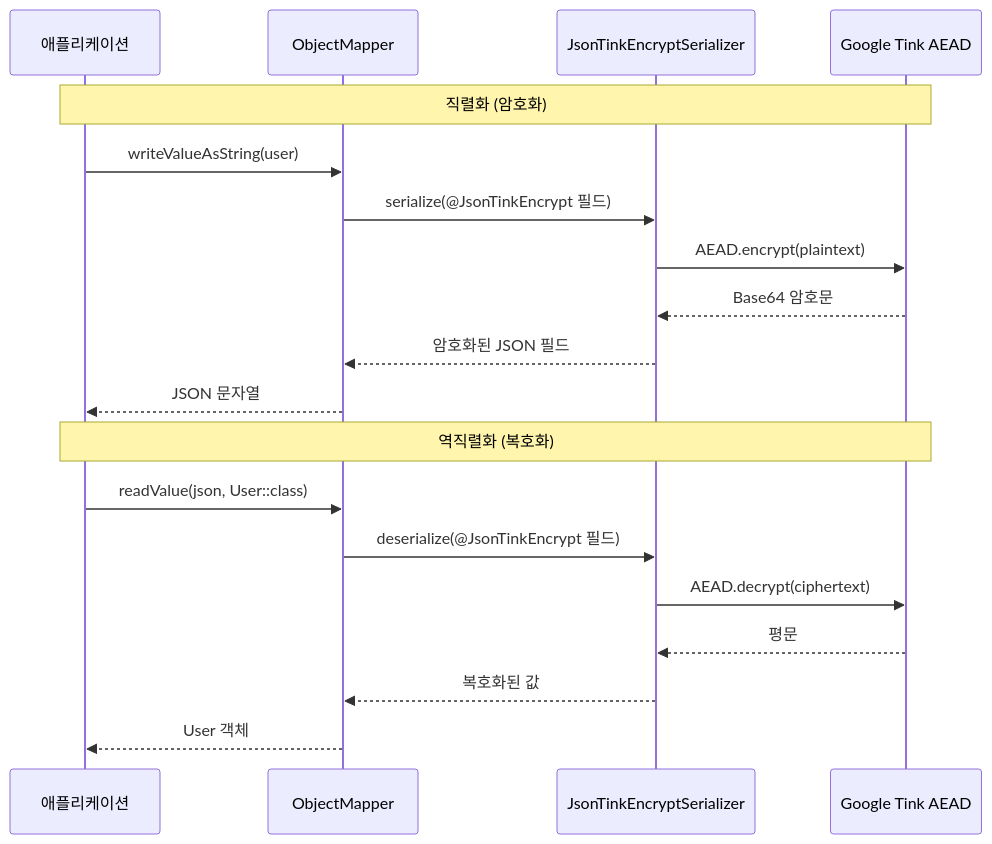
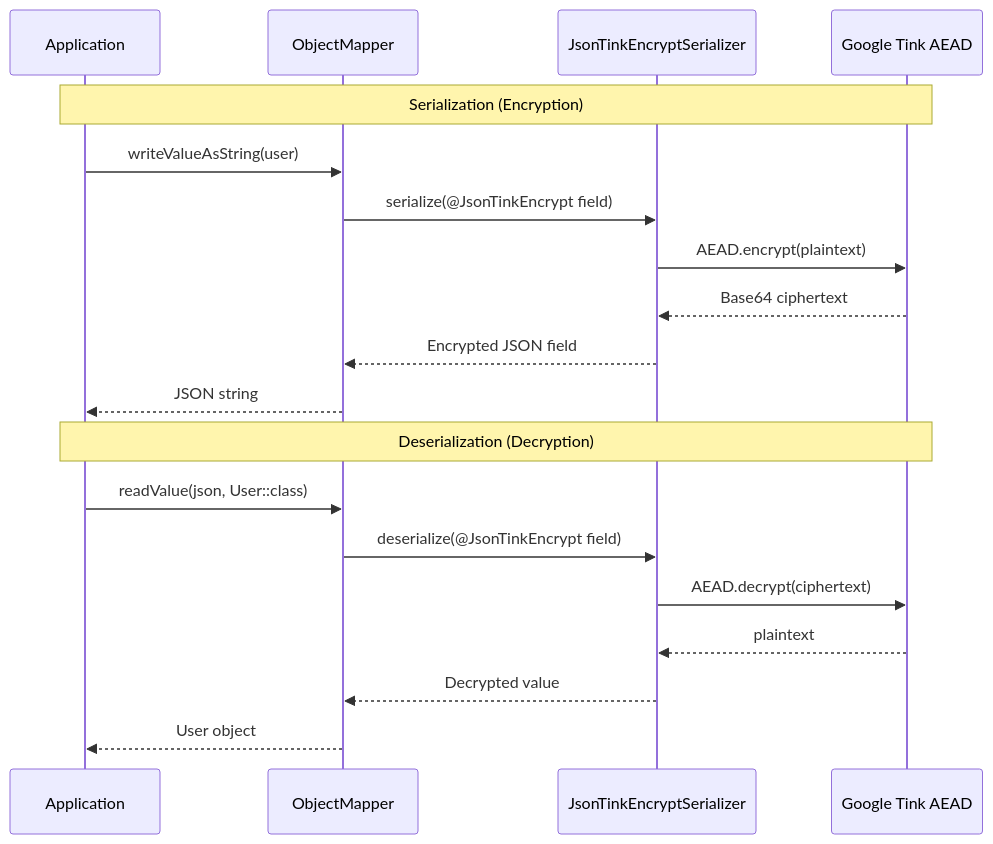
The third of 3 diagrams in io/jackson2/README.md (bluetape4k/bluetape4k-projects), drawn with Mermaid before and after one commit. The commit also changed other lines of this file and 265 other files, not shown here.

````diff
--- a/io/jackson2/README.md
+++ b/io/jackson2/README.md
@@ -387,23 +389,23 @@
 ```mermaid
 sequenceDiagram
-    participant 앱 as 애플리케이션
+    participant App as Application
     participant M as ObjectMapper
     participant S as JsonTinkEncryptSerializer
     participant T as Google Tink AEAD
 
-    Note over 앱,T: 직렬화 (암호화)
-    앱->>M: writeValueAsString(user)
-    M->>S: serialize(@JsonTinkEncrypt 필드)
+    Note over App,T: Serialization (Encryption)
+    App->>M: writeValueAsString(user)
+    M->>S: serialize(@JsonTinkEncrypt field)
     S->>T: AEAD.encrypt(plaintext)
-    T-->>S: Base64 암호문
-    S-->>M: 암호화된 JSON 필드
-    M-->>앱: JSON 문자열
+    T-->>S: Base64 ciphertext
+    S-->>M: Encrypted JSON field
+    M-->>App: JSON string
 
-    Note over 앱,T: 역직렬화 (복호화)
-    앱->>M: readValue(json, User::class)
-    M->>S: deserialize(@JsonTinkEncrypt 필드)
+    Note over App,T: Deserialization (Decryption)
+    App->>M: readValue(json, User::class)
+    M->>S: deserialize(@JsonTinkEncrypt field)
     S->>T: AEAD.decrypt(ciphertext)
-    T-->>S: 평문
-    S-->>M: 복호화된 값
-    M-->>앱: User 객체
+    T-->>S: plaintext
+    S-->>M: Decrypted value
+    M-->>App: User object
 ```
````
